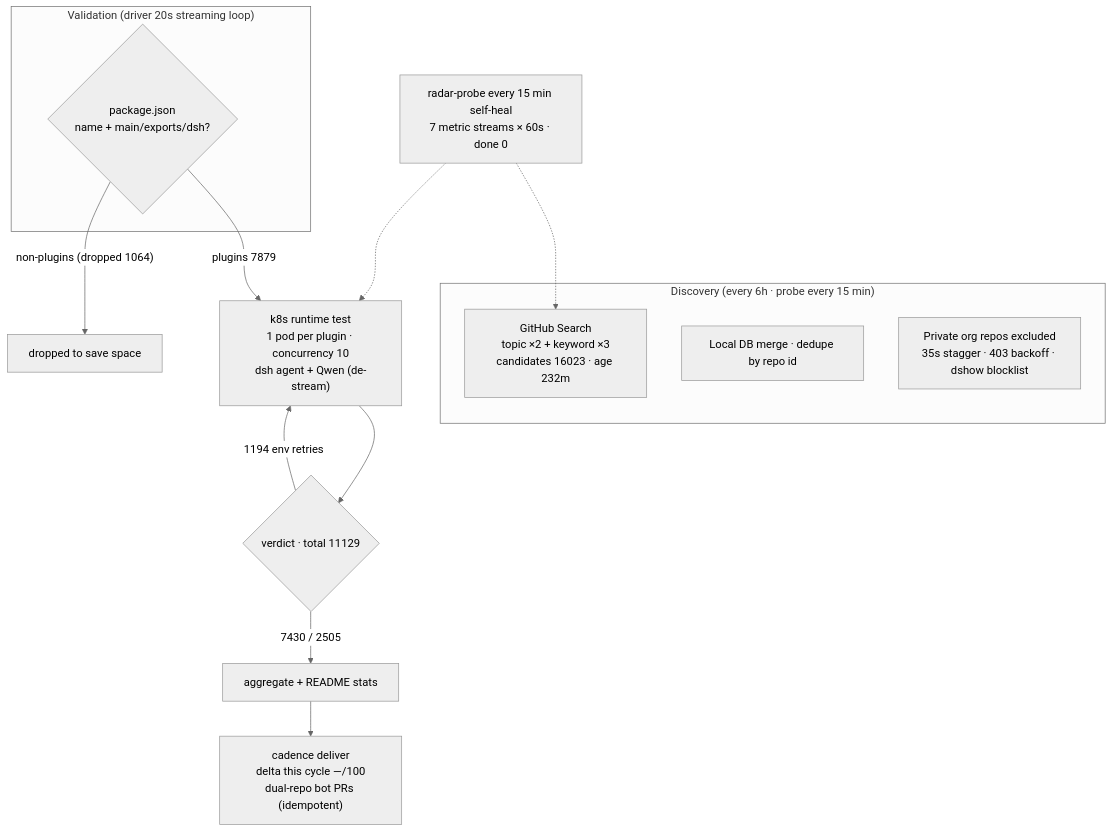
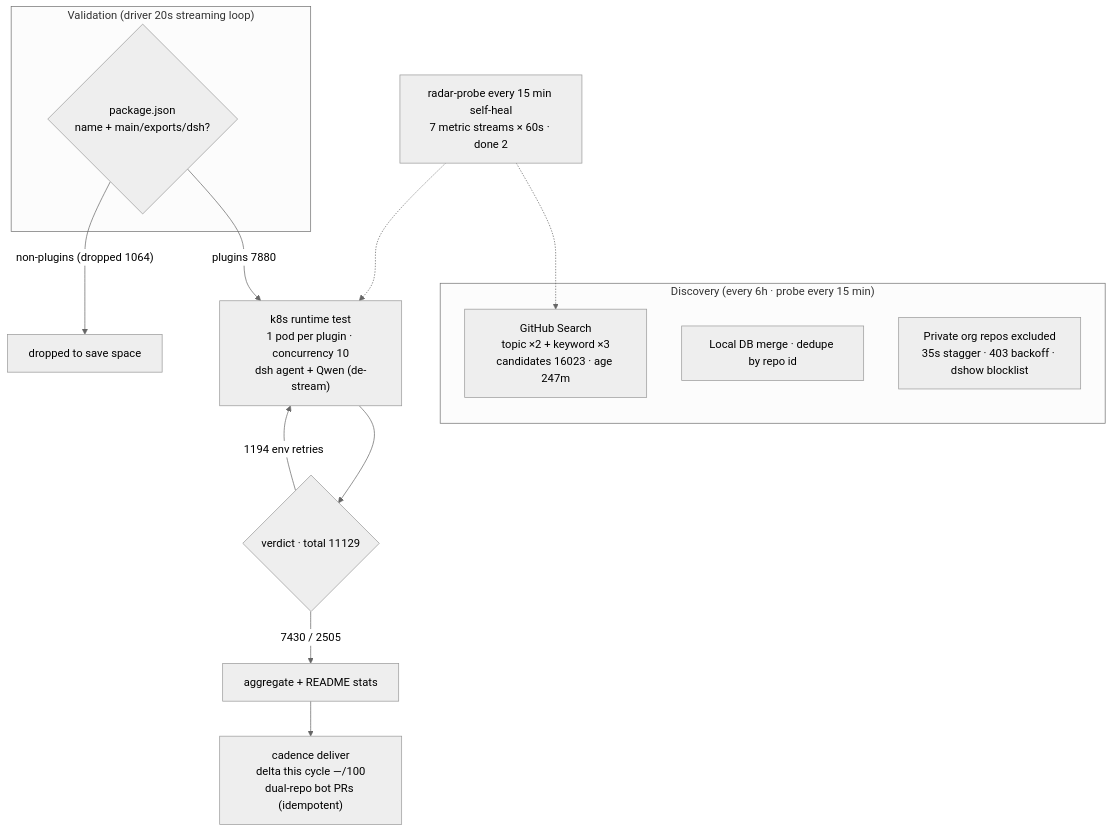
One commit to AdamPlatin123/awesome-dsh-plugins changed the diagram in README.en-US.md. Above: the diagram before and after it, drawn with Mermaid (neutral theme). The commit also changed other lines of this file and 4 other files, not shown here.

````diff
--- a/README.en-US.md
+++ b/README.en-US.md
@@ -45,20 +45,20 @@
 ```mermaid
 flowchart TB
     subgraph Discovery["Discovery (every 6h · probe every 15 min)"]
-        A1["GitHub Search<br/>topic ×2 + keyword ×3<br/>candidates 16023 · age 232m"]
+        A1["GitHub Search<br/>topic ×2 + keyword ×3<br/>candidates 16023 · age 247m"]
         A2["Local DB merge · dedupe by repo id"]
         A3["Private org repos excluded<br/>35s stagger · 403 backoff · dshow blocklist"]
     end
     subgraph Validation["Validation (driver 20s streaming loop)"]
         B1{"package.json<br/>name + main/exports/dsh?"}
     end
-    B1 -->|"plugins 7879"| C1["k8s runtime test<br/>1 pod per plugin · concurrency 10<br/>dsh agent + Qwen (de-stream)"]
+    B1 -->|"plugins 7880"| C1["k8s runtime test<br/>1 pod per plugin · concurrency 10<br/>dsh agent + Qwen (de-stream)"]
     B1 -->|"non-plugins (dropped 1064)"| B3["dropped to save space"]
     C1 --> D1{"verdict · total 11129"}
     D1 -->|"7430 / 2505"| E1["aggregate + README stats"]
     D1 -->|"1194 env retries"| C1
     E1 --> E2["cadence deliver<br/>delta this cycle —/100<br/>dual-repo bot PRs (idempotent)"]
-    M["radar-probe every 15 min self-heal<br/>7 metric streams × 60s · done 0"]
+    M["radar-probe every 15 min self-heal<br/>7 metric streams × 60s · done 2"]
     M -.-> A1
     M -.-> C1
 ```
````
